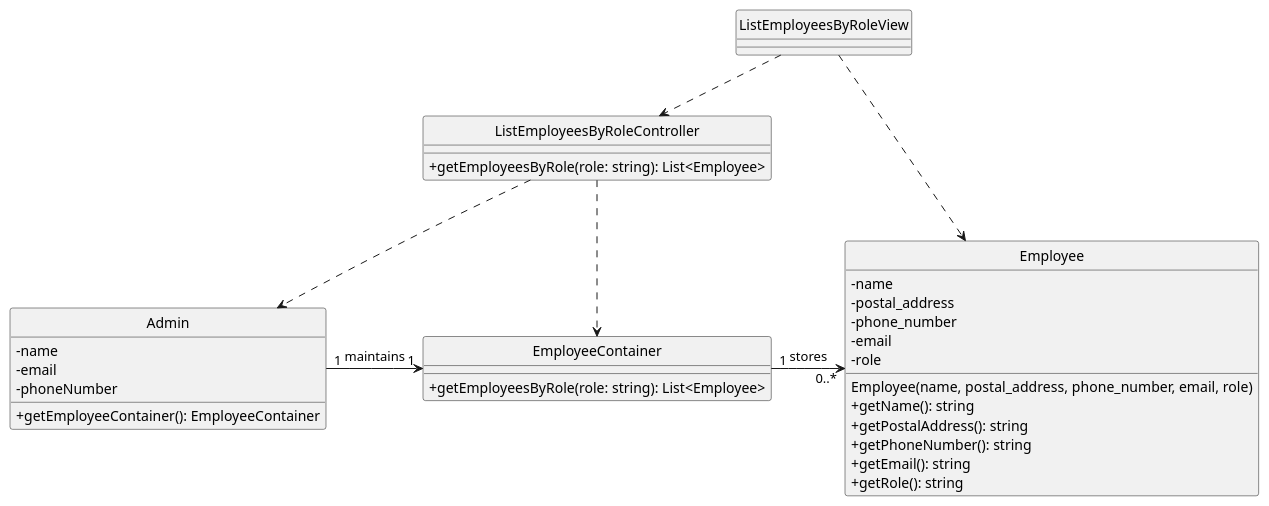
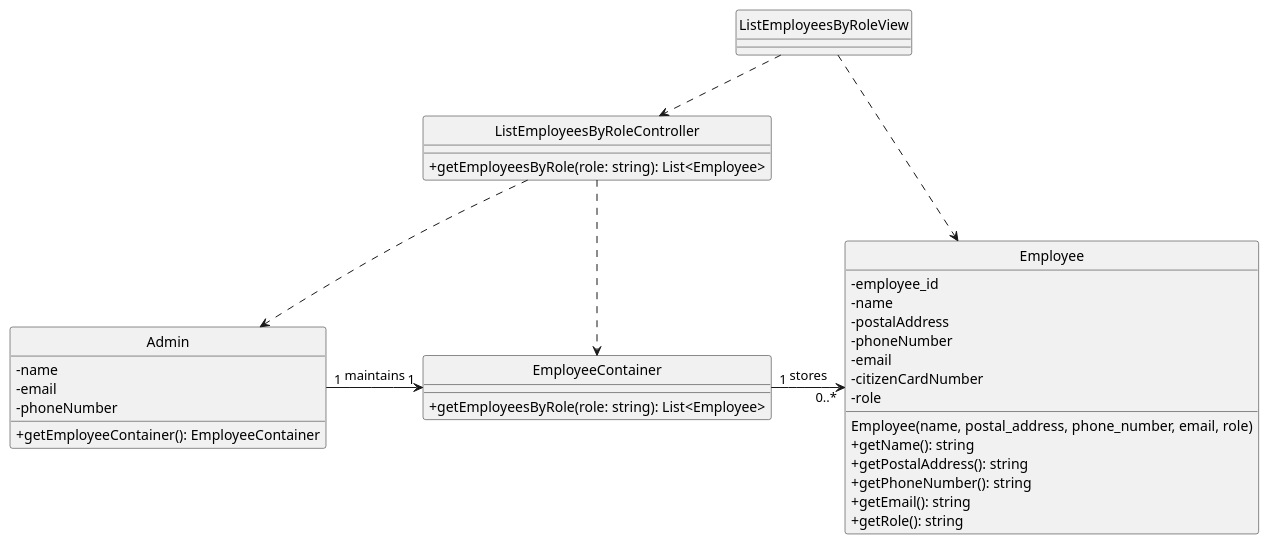
The diagram in docs/Sprint2/US15/puml/US15-CD.puml (Parafita123/leti-esoft-25-26-B1), drawn with PlantUML before and after one commit. The commit also changed 1 other file, not shown here.

```diff
--- a/docs/Sprint2/US15/puml/US15-CD.puml
+++ b/docs/Sprint2/US15/puml/US15-CD.puml
@@ -1,48 +1,50 @@
 @startuml
 'https://plantuml.com/class-diagram
 
 hide circle
 skinparam classAttributeIconSize 0
 
 class ListEmployeesByRoleView {
 }
 
 class ListEmployeesByRoleController {
     +getEmployeesByRole(role: string): List<Employee>
 }
 
 class Admin {
     - name
     - email
     - phoneNumber
     +getEmployeeContainer(): EmployeeContainer
 }
 
 class EmployeeContainer {
     +getEmployeesByRole(role: string): List<Employee>
 }
 
 class Employee {
-    - name
-    - postal_address
-    - phone_number
-    - email
-    - role
+    -employee_id
+        -name
+        -postalAddress
+        -phoneNumber
+        -email
+        -citizenCardNumber
+        -role
     Employee(name, postal_address, phone_number, email, role)
     +getName(): string
     +getPostalAddress(): string
     +getPhoneNumber(): string
     +getEmail(): string
     +getRole(): string
 }
 
 ' Associations
 Admin "1" -right-> "1" EmployeeContainer : maintains
 EmployeeContainer "1" -right-> "0..*" Employee : stores
 
 ListEmployeesByRoleView ..> ListEmployeesByRoleController
 ListEmployeesByRoleView ..> Employee
 ListEmployeesByRoleController ..> Admin
 ListEmployeesByRoleController ..> EmployeeContainer
 
 @enduml
```
